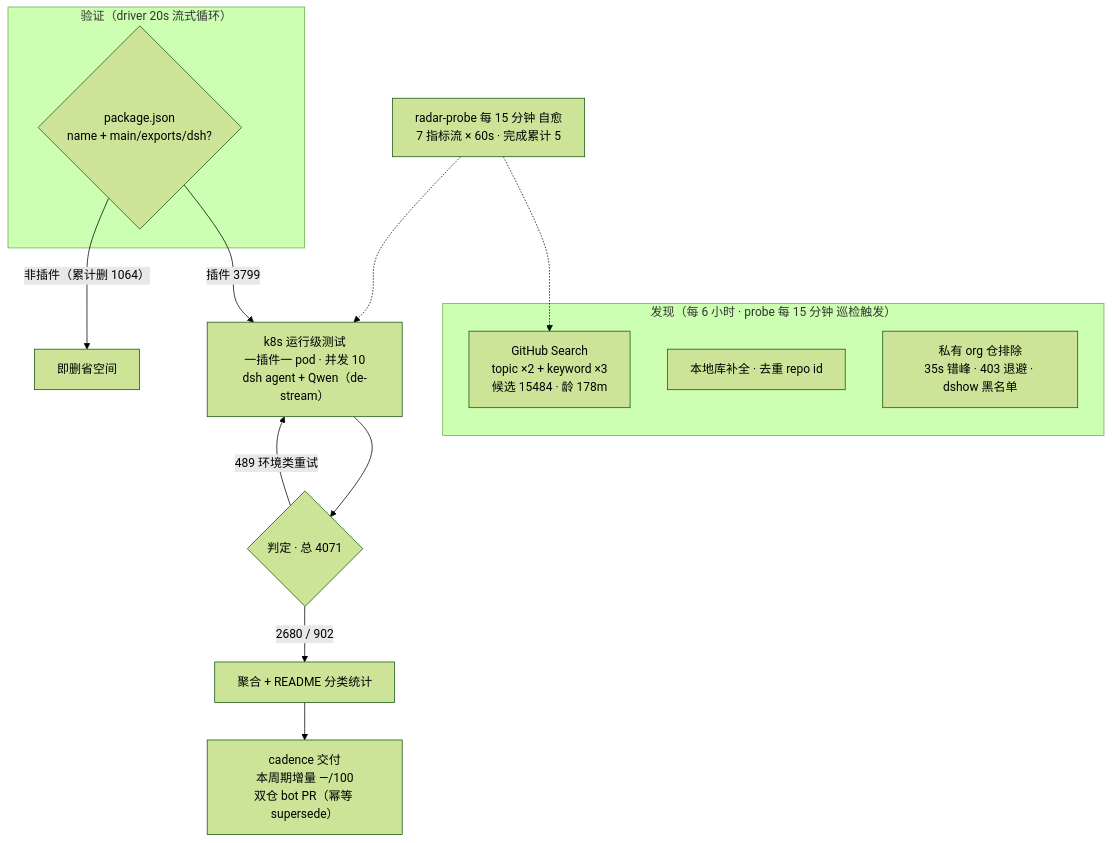
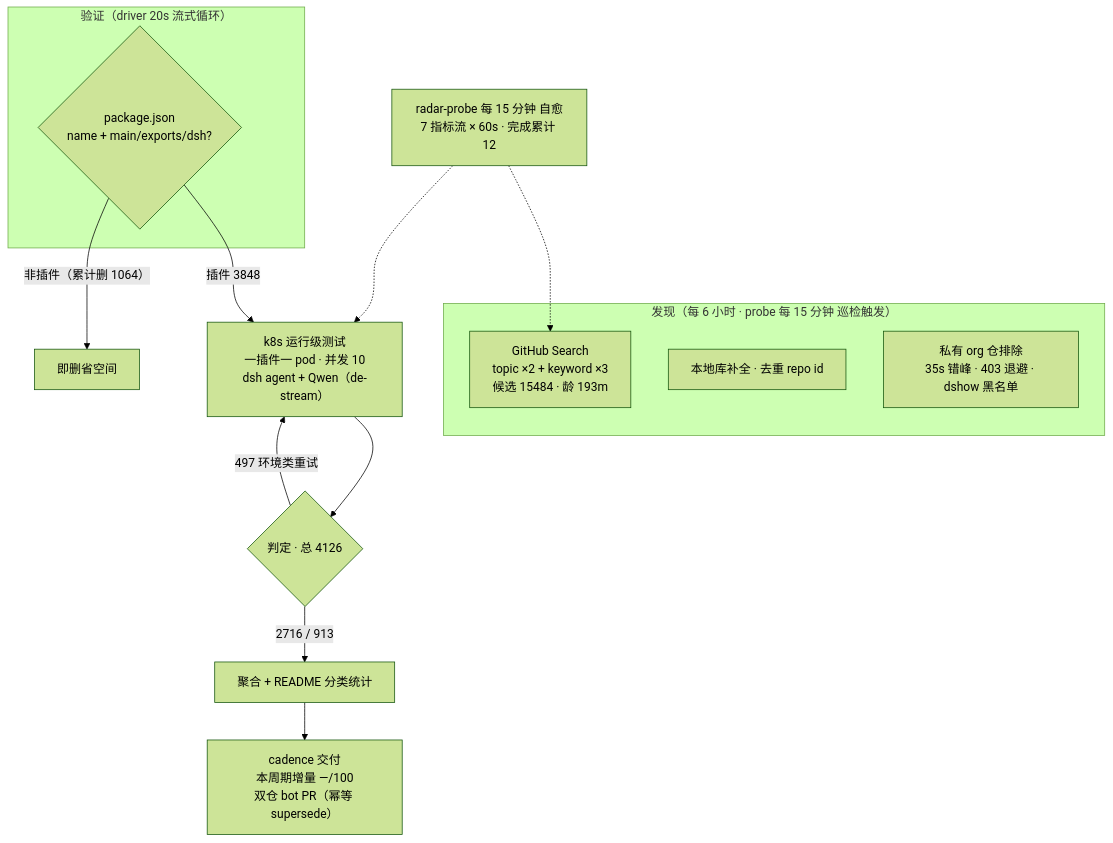
One commit to Zhidao-Lab-OSS/awesome-dsh-plugins changed the diagram in README.md. Above: the diagram before and after it, drawn with Mermaid (forest theme). The commit also changed other lines of this file and 1 other file, not shown here.

````diff
--- a/README.md
+++ b/README.md
@@ -37,20 +37,20 @@
 ```mermaid
 flowchart TB
     subgraph Discovery["发现（每 6 小时 · probe 每 15 分钟 巡检触发）"]
-        A1["GitHub Search<br/>topic ×2 + keyword ×3<br/>候选 15484 · 龄 178m"]
+        A1["GitHub Search<br/>topic ×2 + keyword ×3<br/>候选 15484 · 龄 193m"]
         A2["本地库补全 · 去重 repo id"]
         A3["私有 org 仓排除<br/>35s 错峰 · 403 退避 · dshow 黑名单"]
     end
     subgraph Validation["验证（driver 20s 流式循环）"]
         B1{"package.json<br/>name + main/exports/dsh?"}
     end
-    B1 -->|"插件 3799"| C1["k8s 运行级测试<br/>一插件一 pod · 并发 10<br/>dsh agent + Qwen（de-stream）"]
+    B1 -->|"插件 3848"| C1["k8s 运行级测试<br/>一插件一 pod · 并发 10<br/>dsh agent + Qwen（de-stream）"]
     B1 -->|"非插件（累计删 1064）"| B3["即删省空间"]
-    C1 --> D1{"判定 · 总 4071"}
-    D1 -->|"2680 / 902"| E1["聚合 + README 分类统计"]
-    D1 -->|"489 环境类重试"| C1
+    C1 --> D1{"判定 · 总 4126"}
+    D1 -->|"2716 / 913"| E1["聚合 + README 分类统计"]
+    D1 -->|"497 环境类重试"| C1
     E1 --> E2["cadence 交付<br/>本周期增量 —/100<br/>双仓 bot PR（幂等 supersede）"]
-    M["radar-probe 每 15 分钟 自愈<br/>7 指标流 × 60s · 完成累计 5"]
+    M["radar-probe 每 15 分钟 自愈<br/>7 指标流 × 60s · 完成累计 12"]
     M -.-> A1
     M -.-> C1
 ```
````
